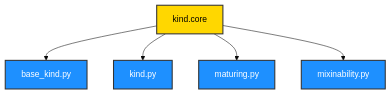
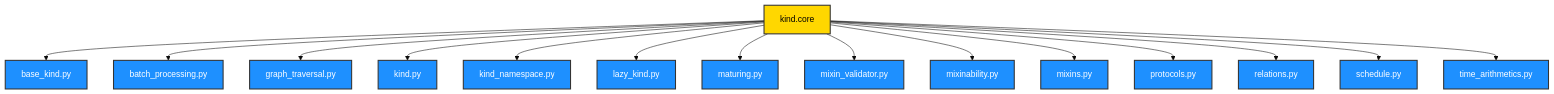
Before and after one commit to ikko/kind: the first of 2 diagrams in docs/topics/3_layered_architecture/index.md, drawn with Mermaid (base theme). The commit also changed other lines of this file and 62 other files, not shown here.

````diff
--- a/docs/topics/3_layered_architecture/index.md
+++ b/docs/topics/3_layered_architecture/index.md
@@ -13,13 +13,33 @@
 ```mermaid
 graph TD
     A[kind.core] --> B[base_kind.py];
-    A --> C[kind.py];
-    A --> D[maturing.py];
-    A --> E[mixinability.py];
+    A --> C[batch_processing.py];
+    A --> D[graph_traversal.py];
+    A --> E[kind.py];
+    A --> F[kind_namespace.py];
+    A --> G[lazy_kind.py];
+    A --> H[maturing.py];
+    A --> I[mixin_validator.py];
+    A --> J[mixinability.py];
+    A --> K[mixins.py];
+    A --> L[protocols.py];
+    A --> M[relations.py];
+    A --> N[schedule.py];
+    A --> O[time_arithmetics.py];
 
     style A fill:#FFD700,stroke:#333,stroke-width:2px,color:#000000;
     style B fill:#1E90FF,stroke:#333,stroke-width:2px,color:#FFFFFF;
     style C fill:#1E90FF,stroke:#333,stroke-width:2px,color:#FFFFFF;
     style D fill:#1E90FF,stroke:#333,stroke-width:2px,color:#FFFFFF;
     style E fill:#1E90FF,stroke:#333,stroke-width:2px,color:#FFFFFF;
+    style F fill:#1E90FF,stroke:#333,stroke-width:2px,color:#FFFFFF;
+    style G fill:#1E90FF,stroke:#333,stroke-width:2px,color:#FFFFFF;
+    style H fill:#1E90FF,stroke:#333,stroke-width:2px,color:#FFFFFF;
+    style I fill:#1E90FF,stroke:#333,stroke-width:2px,color:#FFFFFF;
+    style J fill:#1E90FF,stroke:#333,stroke-width:2px,color:#FFFFFF;
+    style K fill:#1E90FF,stroke:#333,stroke-width:2px,color:#FFFFFF;
+    style L fill:#1E90FF,stroke:#333,stroke-width:2px,color:#FFFFFF;
+    style M fill:#1E90FF,stroke:#333,stroke-width:2px,color:#FFFFFF;
+    style N fill:#1E90FF,stroke:#333,stroke-width:2px,color:#FFFFFF;
+    style O fill:#1E90FF,stroke:#333,stroke-width:2px,color:#FFFFFF;
 ```
````
